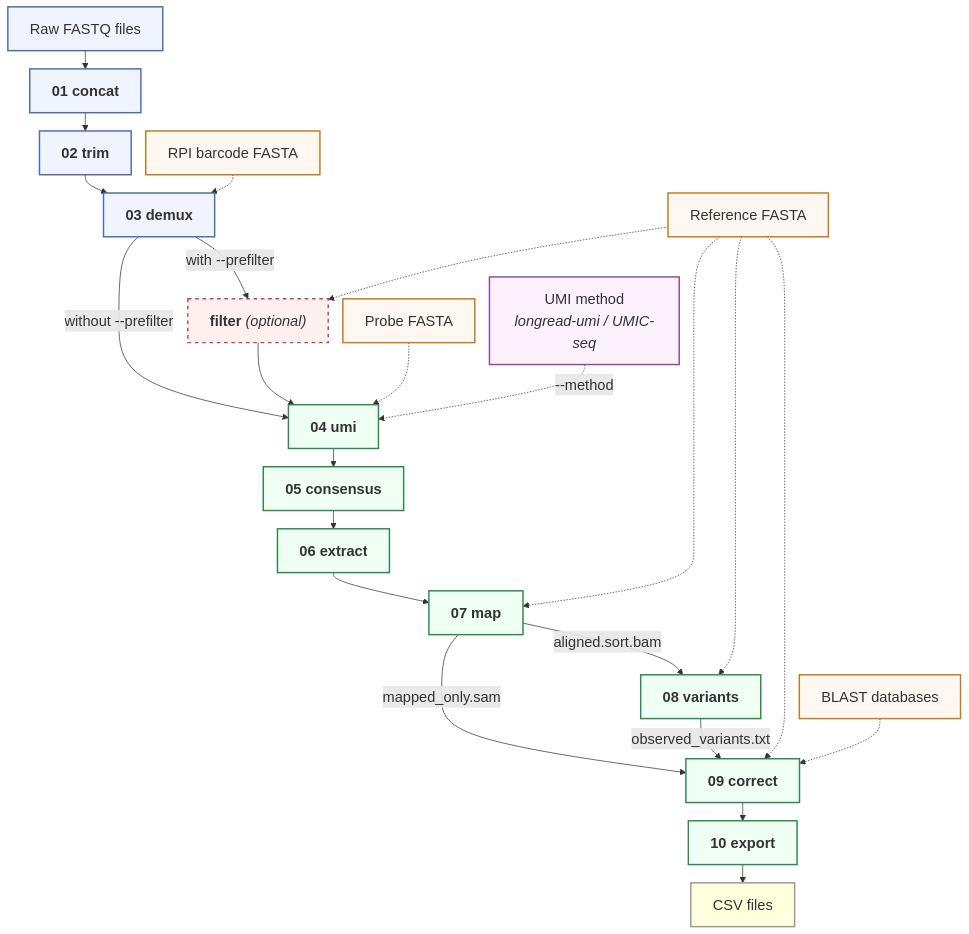
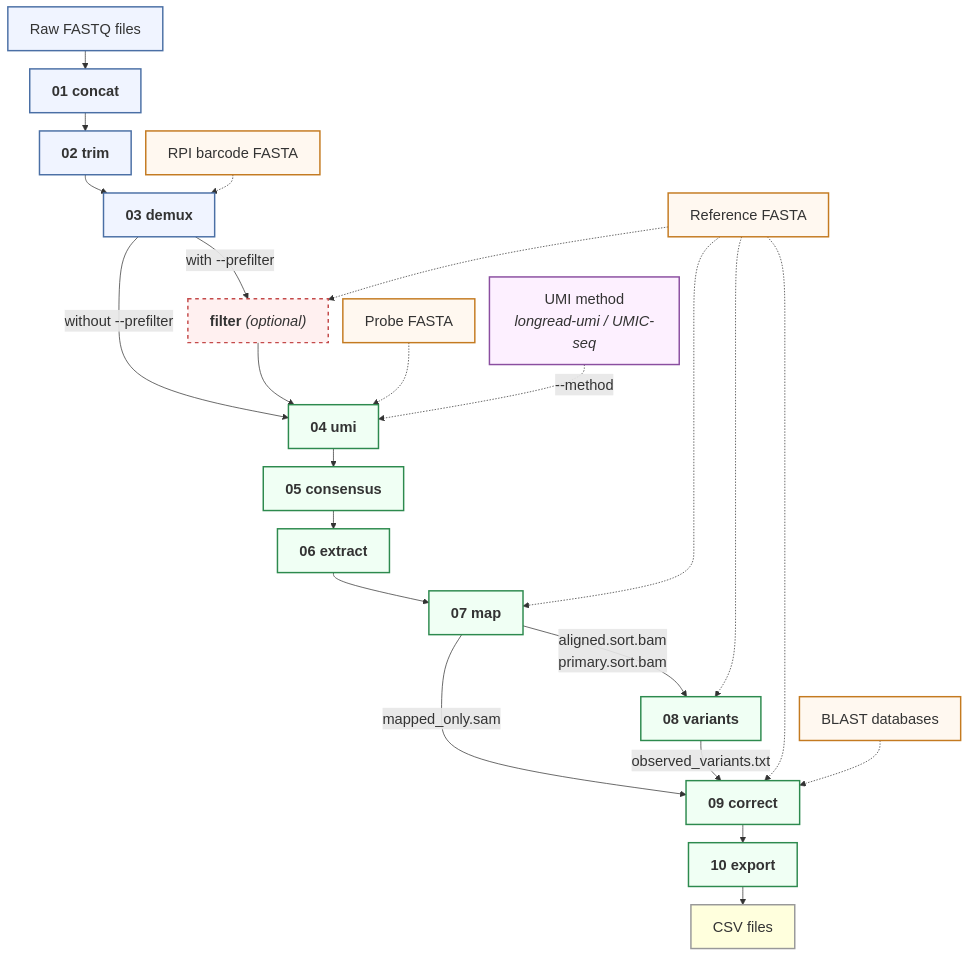
Before and after one commit to akihitomamiya-del/L3R-seq: the diagram in README.md, drawn with Mermaid. The commit also changed other lines of this file and 8 other files, not shown here.

First line of the commit message:
v1.0.11: Add --no-target-fwd, primary BAM output, fix empty-sample crashes

````diff
--- a/README.md
+++ b/README.md
@@ -115,46 +115,46 @@
 ```mermaid
 %%{init: {'theme': 'default', 'themeVariables': {'fontSize': '20px'}, 'flowchart': {'padding': 15, 'nodeSpacing': 20, 'rankSpacing': 25}}}%%
 graph TD
     RAW["Raw FASTQ files"] --> S1["<b>01 concat</b>"]
     S1 --> S2["<b>02 trim</b>"]
     S2 --> S3["<b>03 demux</b>"]
     S3 -->|"with --prefilter"| FILT["<b>filter</b> <i>(optional)</i>"]
     S3 -->|"without --prefilter"| S4
     FILT --> S4["<b>04 umi</b>"]
     S4 --> S5["<b>05 consensus</b>"]
     S5 --> S6["<b>06 extract</b>"]
     S6 --> S7["<b>07 map</b>"]
-    S7 -->|"aligned.sort.bam"| S8["<b>08 variants</b>"]
+    S7 -->|"aligned.sort.bam<br>primary.sort.bam"| S8["<b>08 variants</b>"]
     S7 -->|"mapped_only.sam"| S9
     S8 -->|"observed_variants.txt"| S9["<b>09 correct</b>"]
     S9 --> S10["<b>10 export</b>"]
     S10 --> OUTPUT["CSV files"]
 
     RPI["RPI barcode FASTA"] -.-> S3
     REF["Reference FASTA"] -.-> FILT
     REF -.-> S7
     REF -.-> S8
     REF -.-> S9
     PROBE["Probe FASTA"] -.-> S4
     BLASTDB["BLAST databases"] -.-> S9
     METHOD["UMI method<br/><i>longread-umi / UMIC-seq</i>"] -.->|"--method"| S4
 
     style RAW fill:#f0f4ff,stroke:#4a6fa5,stroke-width:2px
     style S1 fill:#f0f4ff,stroke:#4a6fa5,stroke-width:2px
     style S2 fill:#f0f4ff,stroke:#4a6fa5,stroke-width:2px
     style S3 fill:#f0f4ff,stroke:#4a6fa5,stroke-width:2px
     style FILT fill:#fff0f0,stroke:#c44a4a,stroke-width:2px,stroke-dasharray: 5 5
     style S4 fill:#f0fff4,stroke:#2d8a4e,stroke-width:2px
     style S5 fill:#f0fff4,stroke:#2d8a4e,stroke-width:2px
     style S6 fill:#f0fff4,stroke:#2d8a4e,stroke-width:2px
     style S7 fill:#f0fff4,stroke:#2d8a4e,stroke-width:2px
     style S8 fill:#f0fff4,stroke:#2d8a4e,stroke-width:2px
     style S9 fill:#f0fff4,stroke:#2d8a4e,stroke-width:2px
     style S10 fill:#f0fff4,stroke:#2d8a4e,stroke-width:2px
     style OUTPUT fill:#ffffdd,stroke:#999,stroke-width:2px
     style RPI fill:#fff8f0,stroke:#c47a20,stroke-width:2px
     style REF fill:#fff8f0,stroke:#c47a20,stroke-width:2px
     style PROBE fill:#fff8f0,stroke:#c47a20,stroke-width:2px
     style BLASTDB fill:#fff8f0,stroke:#c47a20,stroke-width:2px
     style METHOD fill:#fdf0ff,stroke:#8a4ea0,stroke-width:2px
 ```
````
